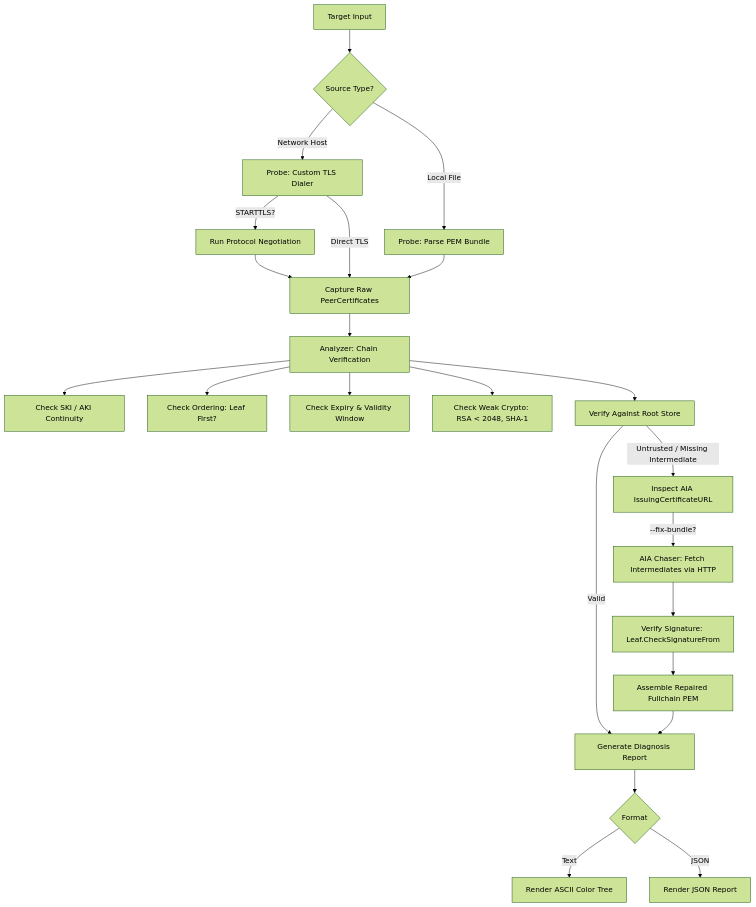
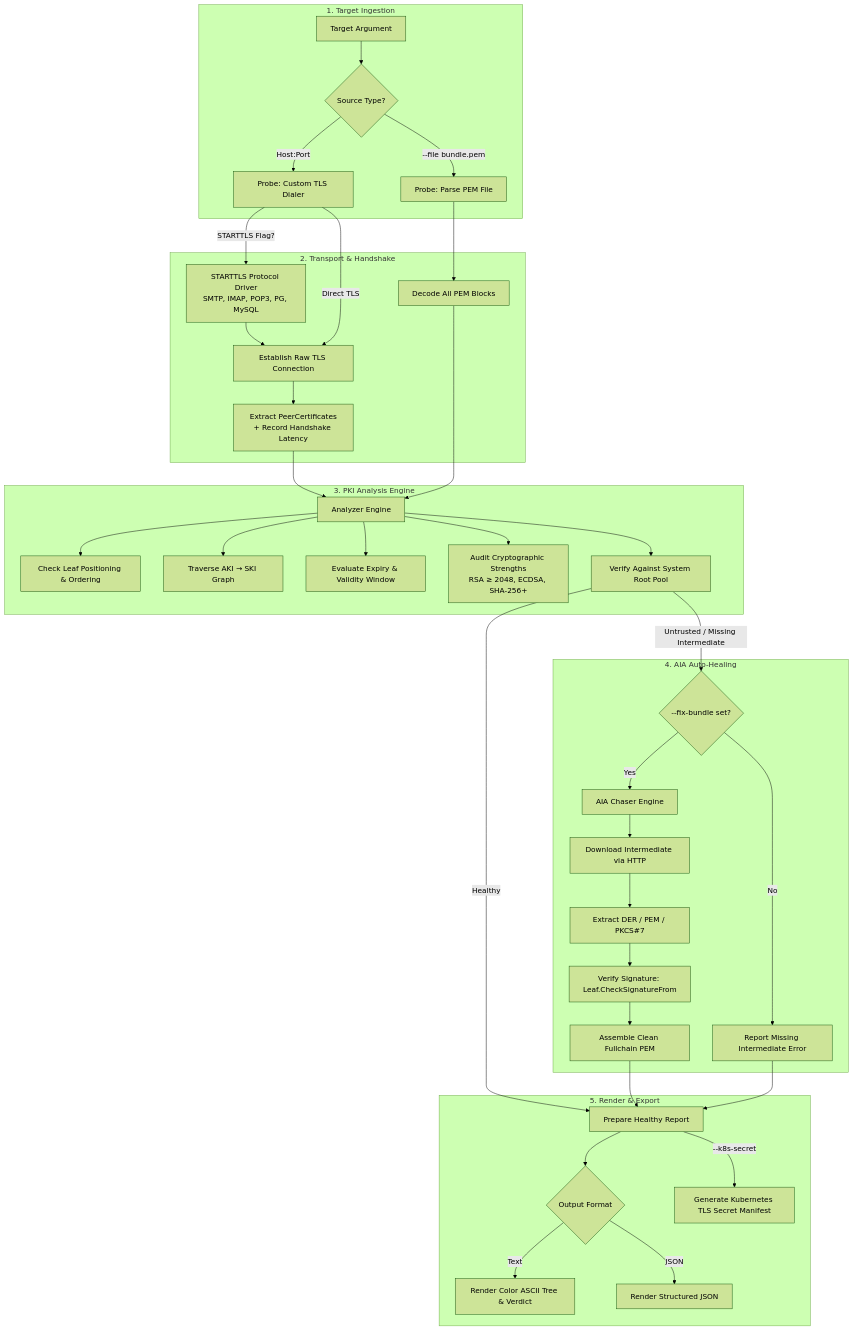
One commit to smford/cert-chain-doctor changed the first of 3 diagrams in docs/architecture.md. Above: the diagram before and after it, drawn with Mermaid (forest theme). The commit also changed other lines of this file and 11 other files, not shown here.

````diff
--- a/docs/architecture.md
+++ b/docs/architecture.md
@@ -32,30 +25,46 @@
 ```mermaid
 flowchart TD
-    A[Target Input] --> B{Source Type?}
-    B -->|Network Host| C[Probe: Custom TLS Dialer]
-    B -->|Local File| D[Probe: Parse PEM Bundle]
+    subgraph Inputs["1. Target Ingestion"]
+        A[Target Argument] --> B{Source Type?}
+        B -->|Host:Port| C[Probe: Custom TLS Dialer]
+        B -->|--file bundle.pem| D[Probe: Parse PEM File]
+    end
 
-    C -->|STARTTLS?| E[Run Protocol Negotiation]
-    E --> F[Capture Raw PeerCertificates]
-    C -->|Direct TLS| F
-    D --> F
+    subgraph Dialing["2. Transport & Handshake"]
+        C -->|STARTTLS Flag?| E[STARTTLS Protocol Driver<br/>SMTP, IMAP, POP3, PG, MySQL]
+        E --> F[Establish Raw TLS Connection]
+        C -->|Direct TLS| F
+        F --> G[Extract PeerCertificates<br/>+ Record Handshake Latency]
+        D --> H[Decode All PEM Blocks]
+    end
 
-    F --> G[Analyzer: Chain Verification]
-    G --> H[Check SKI / AKI Continuity]
-    G --> I[Check Ordering: Leaf First?]
-    G --> J[Check Expiry & Validity Window]
-    G --> K[Check Weak Crypto: RSA < 2048, SHA-1]
-    G --> L[Verify Against Root Store]
+    subgraph Analysis["3. PKI Analysis Engine"]
+        G --> I[Analyzer Engine]
+        H --> I
+        I --> J[Check Leaf Positioning & Ordering]
+        I --> K[Traverse AKI &rarr; SKI Graph]
+        I --> L[Evaluate Expiry & Validity Window]
+        I --> M[Audit Cryptographic Strengths<br/>RSA &ge; 2048, ECDSA, SHA-256+]
+        I --> N[Verify Against System Root Pool]
+    end
 
-    L -->|Valid| M[Generate Diagnosis Report]
-    L -->|Untrusted / Missing Intermediate| N[Inspect AIA IssuingCertificateURL]
+    subgraph Repair["4. AIA Auto-Healing"]
+        N -->|Untrusted / Missing Intermediate| O{--fix-bundle set?}
+        O -->|Yes| P[AIA Chaser Engine]
+        P --> Q[Download Intermediate via HTTP]
+        Q --> R[Extract DER / PEM / PKCS#7]
+        R --> S[Verify Signature: Leaf.CheckSignatureFrom]
+        S --> T[Assemble Clean Fullchain PEM]
+        O -->|No| U[Report Missing Intermediate Error]
+    end
 
-    N -->|--fix-bundle?| O[AIA Chaser: Fetch Intermediates via HTTP]
-    O --> P[Verify Signature: Leaf.CheckSignatureFrom]
-    P --> Q[Assemble Repaired Fullchain PEM]
-    Q --> M
-
-    M --> R{Format}
-    R -->|Text| S[Render ASCII Color Tree]
-    R -->|JSON| T[Render JSON Report]
+    subgraph Outputs["5. Render & Export"]
+        N -->|Healthy| V[Prepare Healthy Report]
+        T --> V
+        U --> V
+        V --> W{Output Format}
+        W -->|Text| X[Render Color ASCII Tree & Verdict]
+        W -->|JSON| Y[Render Structured JSON]
+        V -->|--k8s-secret| Z[Generate Kubernetes TLS Secret Manifest]
+    end
 ```
````
